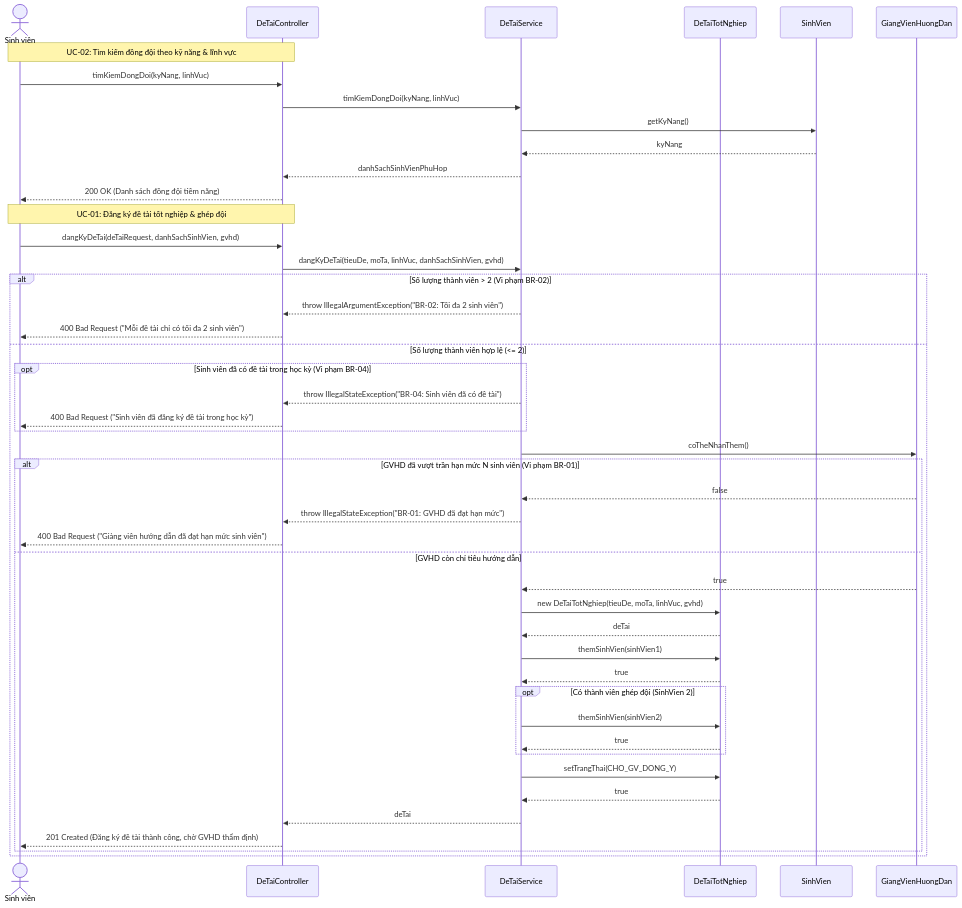
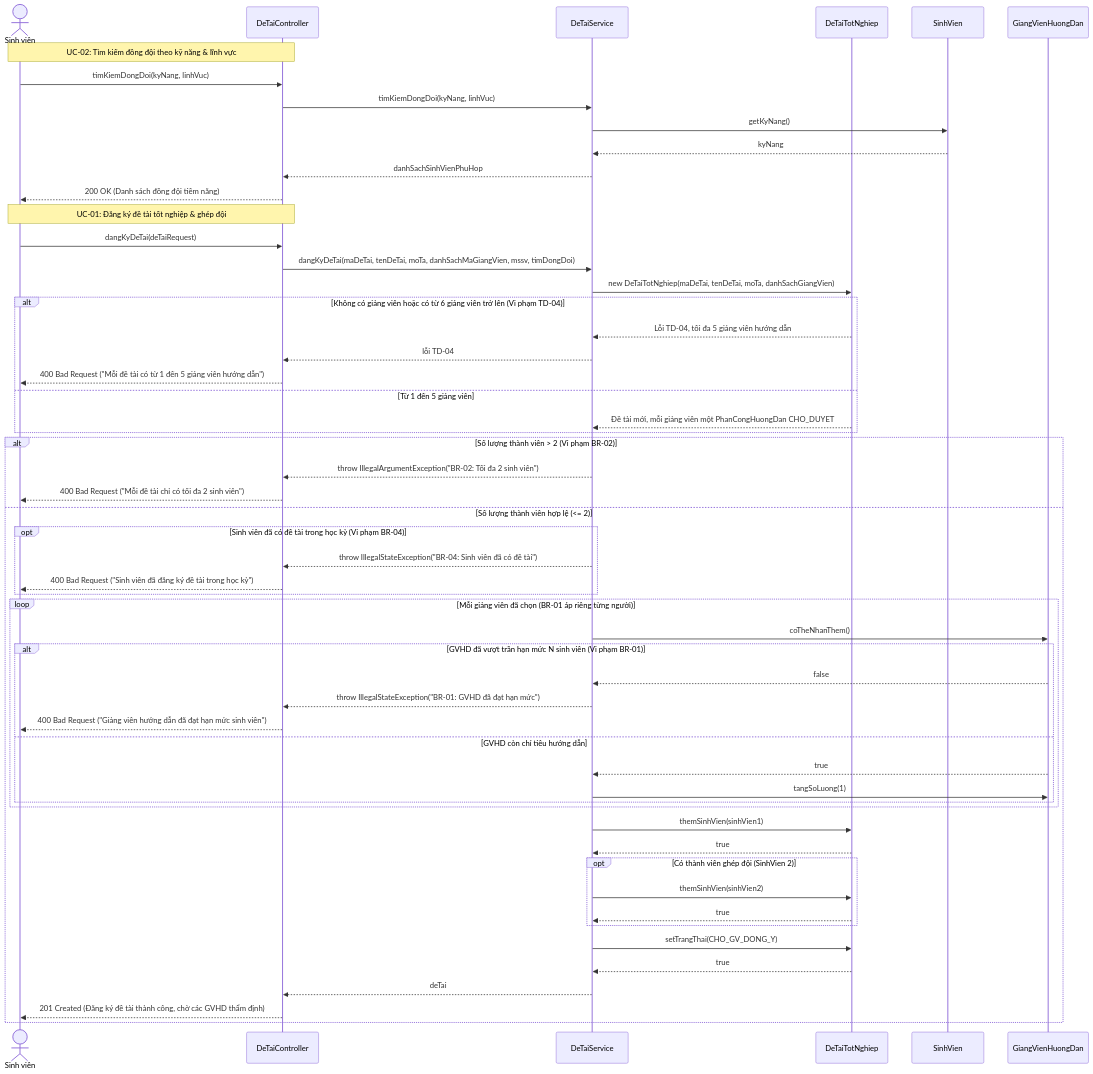
One commit to phamhuy273/thesishub changed the diagram in diagrams/seq-dang-ky.mmd. Above: the diagram before and after it, drawn with Mermaid. The commit also changed 27 other files, not shown here.

Commit message:
feat: Tach PhanCongHuongDan de moi giang vien tham dinh doc lap theo TD-04

```diff
--- a/diagrams/seq-dang-ky.mmd
+++ b/diagrams/seq-dang-ky.mmd
@@ -1,57 +1,67 @@
 sequenceDiagram
   %% Phụ trách: N14-C
   actor SV as Sinh viên
   participant DeTaiController
   participant DeTaiService
   participant DeTaiTotNghiep
   participant SinhVien
   participant GiangVienHuongDan
 
   %% --- UC-02: Tìm kiếm đồng đội & Ghép đội ---
   Note over SV,DeTaiController: UC-02: Tìm kiếm đồng đội theo kỹ năng & lĩnh vực
   SV->>DeTaiController: timKiemDongDoi(kyNang, linhVuc)
   DeTaiController->>DeTaiService: timKiemDongDoi(kyNang, linhVuc)
   DeTaiService->>SinhVien: getKyNang()
   SinhVien-->>DeTaiService: kyNang
   DeTaiService-->>DeTaiController: danhSachSinhVienPhuHop
   DeTaiController-->>SV: 200 OK (Danh sách đồng đội tiềm năng)
 
   %% --- UC-01: Nộp đề xuất đề tài ---
   Note over SV,DeTaiController: UC-01: Đăng ký đề tài tốt nghiệp & ghép đội
-  SV->>DeTaiController: dangKyDeTai(deTaiRequest, danhSachSinhVien, gvhd)
-  DeTaiController->>DeTaiService: dangKyDeTai(tieuDe, moTa, linhVuc, danhSachSinhVien, gvhd)
+  SV->>DeTaiController: dangKyDeTai(deTaiRequest)
+  DeTaiController->>DeTaiService: dangKyDeTai(maDeTai, tenDeTai, moTa, danhSachMaGiangVien, mssv, timDongDoi)
+
+  DeTaiService->>DeTaiTotNghiep: new DeTaiTotNghiep(maDeTai, tenDeTai, moTa, danhSachGiangVien)
+  alt Không có giảng viên hoặc có từ 6 giảng viên trở lên (Vi phạm TD-04)
+    DeTaiTotNghiep-->>DeTaiService: Lỗi TD-04, tối đa 5 giảng viên hướng dẫn
+    DeTaiService-->>DeTaiController: lỗi TD-04
+    DeTaiController-->>SV: 400 Bad Request ("Mỗi đề tài có từ 1 đến 5 giảng viên hướng dẫn")
+  else Từ 1 đến 5 giảng viên
+    DeTaiTotNghiep-->>DeTaiService: Đề tài mới, mỗi giảng viên một PhanCongHuongDan CHO_DUYET
+  end
 
   alt Số lượng thành viên > 2 (Vi phạm BR-02)
     DeTaiService-->>DeTaiController: throw IllegalArgumentException("BR-02: Tối đa 2 sinh viên")
     DeTaiController-->>SV: 400 Bad Request ("Mỗi đề tài chỉ có tối đa 2 sinh viên")
   else Số lượng thành viên hợp lệ (<= 2)
     opt Sinh viên đã có đề tài trong học kỳ (Vi phạm BR-04)
       DeTaiService-->>DeTaiController: throw IllegalStateException("BR-04: Sinh viên đã có đề tài")
       DeTaiController-->>SV: 400 Bad Request ("Sinh viên đã đăng ký đề tài trong học kỳ")
     end
 
+    loop Mỗi giảng viên đã chọn (BR-01 áp riêng từng người)
     DeTaiService->>GiangVienHuongDan: coTheNhanThem()
     alt GVHD đã vượt trần hạn mức N sinh viên (Vi phạm BR-01)
       GiangVienHuongDan-->>DeTaiService: false
       DeTaiService-->>DeTaiController: throw IllegalStateException("BR-01: GVHD đã đạt hạn mức")
       DeTaiController-->>SV: 400 Bad Request ("Giảng viên hướng dẫn đã đạt hạn mức sinh viên")
     else GVHD còn chỉ tiêu hướng dẫn
       GiangVienHuongDan-->>DeTaiService: true
-      DeTaiService->>DeTaiTotNghiep: new DeTaiTotNghiep(tieuDe, moTa, linhVuc, gvhd)
-      DeTaiTotNghiep-->>DeTaiService: deTai
+      DeTaiService->>GiangVienHuongDan: tangSoLuong(1)
+    end
+    end
 
       DeTaiService->>DeTaiTotNghiep: themSinhVien(sinhVien1)
       DeTaiTotNghiep-->>DeTaiService: true
 
       opt Có thành viên ghép đội (SinhVien 2)
         DeTaiService->>DeTaiTotNghiep: themSinhVien(sinhVien2)
         DeTaiTotNghiep-->>DeTaiService: true
       end
 
       DeTaiService->>DeTaiTotNghiep: setTrangThai(CHO_GV_DONG_Y)
       DeTaiTotNghiep-->>DeTaiService: true
 
       DeTaiService-->>DeTaiController: deTai
-      DeTaiController-->>SV: 201 Created (Đăng ký đề tài thành công, chờ GVHD thẩm định)
-    end
+      DeTaiController-->>SV: 201 Created (Đăng ký đề tài thành công, chờ các GVHD thẩm định)
   end
```
